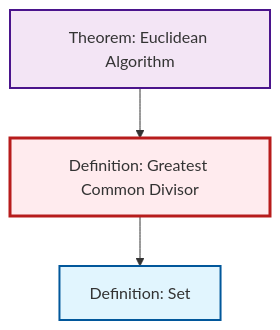
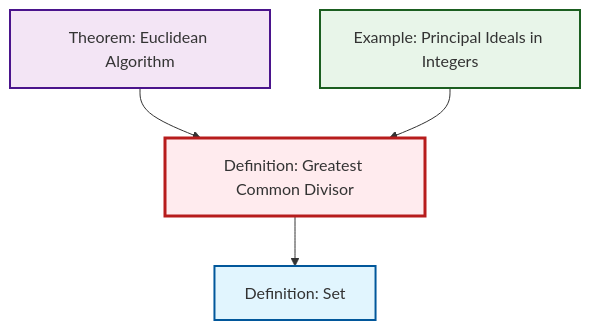
The second of 2 diagrams in content/en/number-theory/def-gcd.qmd (RK0429/ModernMath), drawn with Mermaid before and after one commit. The commit also changed 530 other files, not shown here.

````diff
--- a/content/en/number-theory/def-gcd.qmd
+++ b/content/en/number-theory/def-gcd.qmd
@@ -84,17 +84,20 @@
 ```{mermaid}
 %%| fig-cap: "Local dependency graph"
 graph TD
     classDef definition fill:#e1f5fe,stroke:#01579b,stroke-width:2px
     classDef theorem fill:#f3e5f5,stroke:#4a148c,stroke-width:2px
     classDef axiom fill:#fff3e0,stroke:#e65100,stroke-width:2px
     classDef example fill:#e8f5e9,stroke:#1b5e20,stroke-width:2px
     classDef current fill:#ffebee,stroke:#b71c1c,stroke-width:3px
+    ex-principal-ideal["Example: Principal Ideals in Integers"]:::example
     thm-euclidean-algorithm["Theorem: Euclidean Algorithm"]:::theorem
     def-set["Definition: Set"]:::definition
     def-gcd["Definition: Greatest Common Divisor"]:::definition
+    def-gcd --> def-set
     thm-euclidean-algorithm --> def-gcd
-    def-gcd --> def-set
+    ex-principal-ideal --> def-gcd
     class def-gcd current
+    click ex-principal-ideal "ex-principal-ideal.html" "Go to Principal Ideals in Integers example"
     click thm-euclidean-algorithm "thm-euclidean-algorithm.html" "Go to Euclidean Algorithm theorem"
     click def-set "def-set.html" "Go to Set definition"
 ```
````
